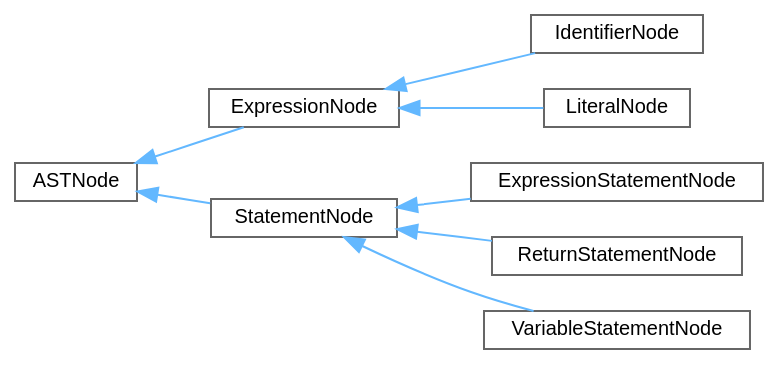
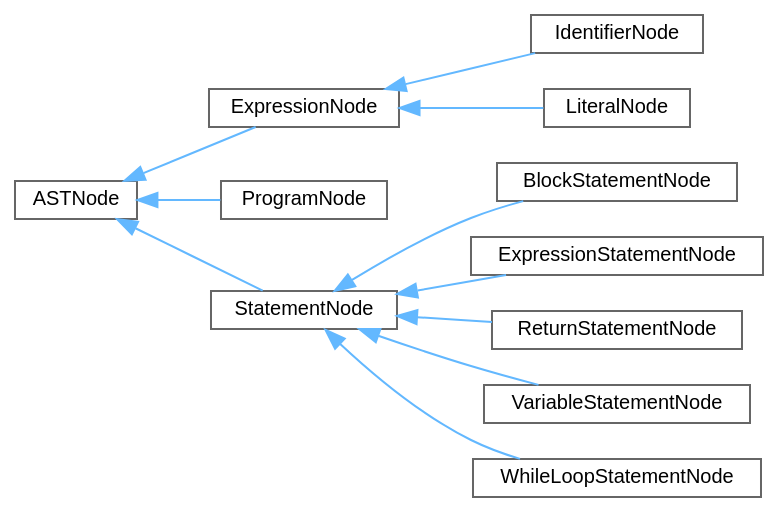
The diagram in pebbl/docs/inherit_graph_0.dot (kejunp/kejunp.github.io), drawn with Graphviz before and after one commit. The commit also changed 58 other files, not shown here.

```diff
--- a/pebbl/docs/inherit_graph_0.dot
+++ b/pebbl/docs/inherit_graph_0.dot
@@ -1,23 +1,29 @@
 digraph "Graphical Class Hierarchy"
 {
  // LATEX_PDF_SIZE
   bgcolor="transparent";
   edge [fontname=Helvetica,fontsize=10,labelfontname=Helvetica,labelfontsize=10];
   node [fontname=Helvetica,fontsize=10,shape=box,height=0.2,width=0.4];
   rankdir="LR";
   Node0 [id="Node000000",label="ASTNode",height=0.2,width=0.4,color="grey40", fillcolor="white", style="filled",URL="$structASTNode.html",tooltip="Base class of all AST nodes."];
   Node0 -> Node1 [id="edge1_Node000000_Node000001",dir="back",color="steelblue1",style="solid",tooltip=" "];
   Node1 [id="Node000001",label="ExpressionNode",height=0.2,width=0.4,color="grey40", fillcolor="white", style="filled",URL="$structExpressionNode.html",tooltip="Base class for all expressions."];
   Node1 -> Node2 [id="edge2_Node000001_Node000002",dir="back",color="steelblue1",style="solid",tooltip=" "];
   Node2 [id="Node000002",label="IdentifierNode",height=0.2,width=0.4,color="grey40", fillcolor="white", style="filled",URL="$structIdentifierNode.html",tooltip=" "];
   Node1 -> Node3 [id="edge3_Node000001_Node000003",dir="back",color="steelblue1",style="solid",tooltip=" "];
   Node3 [id="Node000003",label="LiteralNode",height=0.2,width=0.4,color="grey40", fillcolor="white", style="filled",URL="$structLiteralNode.html",tooltip="Base class for all literals."];
   Node0 -> Node4 [id="edge4_Node000000_Node000004",dir="back",color="steelblue1",style="solid",tooltip=" "];
-  Node4 [id="Node000004",label="StatementNode",height=0.2,width=0.4,color="grey40", fillcolor="white", style="filled",URL="$structStatementNode.html",tooltip="Base class for all statements."];
-  Node4 -> Node5 [id="edge5_Node000004_Node000005",dir="back",color="steelblue1",style="solid",tooltip=" "];
-  Node5 [id="Node000005",label="ExpressionStatementNode",height=0.2,width=0.4,color="grey40", fillcolor="white", style="filled",URL="$structExpressionStatementNode.html",tooltip=" "];
-  Node4 -> Node6 [id="edge6_Node000004_Node000006",dir="back",color="steelblue1",style="solid",tooltip=" "];
-  Node6 [id="Node000006",label="ReturnStatementNode",height=0.2,width=0.4,color="grey40", fillcolor="white", style="filled",URL="$structReturnStatementNode.html",tooltip=" "];
-  Node4 -> Node7 [id="edge7_Node000004_Node000007",dir="back",color="steelblue1",style="solid",tooltip=" "];
-  Node7 [id="Node000007",label="VariableStatementNode",height=0.2,width=0.4,color="grey40", fillcolor="white", style="filled",URL="$structVariableStatementNode.html",tooltip=" "];
+  Node4 [id="Node000004",label="ProgramNode",height=0.2,width=0.4,color="grey40", fillcolor="white", style="filled",URL="$structProgramNode.html",tooltip=" "];
+  Node0 -> Node5 [id="edge5_Node000000_Node000005",dir="back",color="steelblue1",style="solid",tooltip=" "];
+  Node5 [id="Node000005",label="StatementNode",height=0.2,width=0.4,color="grey40", fillcolor="white", style="filled",URL="$structStatementNode.html",tooltip="Base class for all statements."];
+  Node5 -> Node6 [id="edge6_Node000005_Node000006",dir="back",color="steelblue1",style="solid",tooltip=" "];
+  Node6 [id="Node000006",label="BlockStatementNode",height=0.2,width=0.4,color="grey40", fillcolor="white", style="filled",URL="$structBlockStatementNode.html",tooltip=" "];
+  Node5 -> Node7 [id="edge7_Node000005_Node000007",dir="back",color="steelblue1",style="solid",tooltip=" "];
+  Node7 [id="Node000007",label="ExpressionStatementNode",height=0.2,width=0.4,color="grey40", fillcolor="white", style="filled",URL="$structExpressionStatementNode.html",tooltip=" "];
+  Node5 -> Node8 [id="edge8_Node000005_Node000008",dir="back",color="steelblue1",style="solid",tooltip=" "];
+  Node8 [id="Node000008",label="ReturnStatementNode",height=0.2,width=0.4,color="grey40", fillcolor="white", style="filled",URL="$structReturnStatementNode.html",tooltip=" "];
+  Node5 -> Node9 [id="edge9_Node000005_Node000009",dir="back",color="steelblue1",style="solid",tooltip=" "];
+  Node9 [id="Node000009",label="VariableStatementNode",height=0.2,width=0.4,color="grey40", fillcolor="white", style="filled",URL="$structVariableStatementNode.html",tooltip=" "];
+  Node5 -> Node10 [id="edge10_Node000005_Node000010",dir="back",color="steelblue1",style="solid",tooltip=" "];
+  Node10 [id="Node000010",label="WhileLoopStatementNode",height=0.2,width=0.4,color="grey40", fillcolor="white", style="filled",URL="$structWhileLoopStatementNode.html",tooltip=" "];
 }
```
